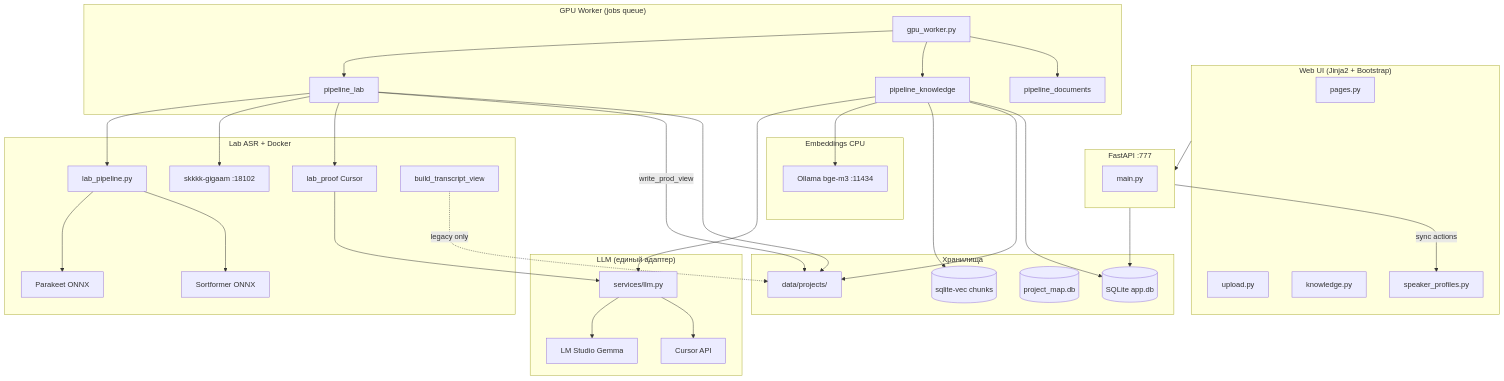
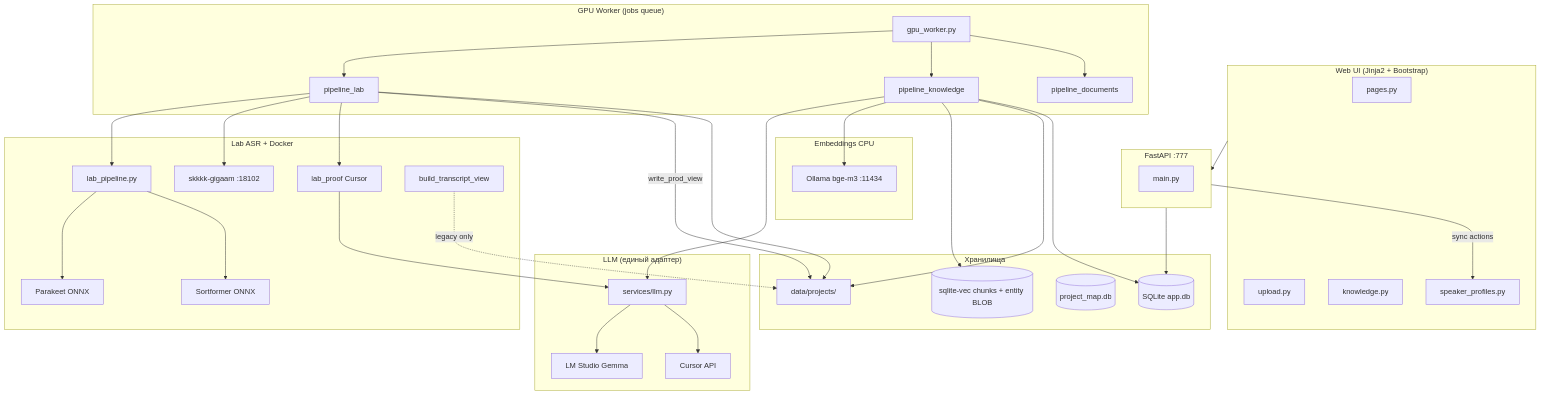
Before and after one commit to Avosya21/SKKKK: the first of 2 diagrams in docs/PROJECT-MAP.md, drawn with Mermaid. The commit also changed other lines of this file and 83 other files, not shown here.

````diff
--- a/docs/PROJECT-MAP.md
+++ b/docs/PROJECT-MAP.md
@@ -17,61 +17,61 @@
 ```mermaid
 flowchart TB
     subgraph UI["Web UI (Jinja2 + Bootstrap)"]
         Pages[pages.py]
         Upload[upload.py]
         Knowledge[knowledge.py]
         Speakers[speaker_profiles.py]
     end
 
     subgraph API["FastAPI :777"]
         Main[main.py]
     end
 
     subgraph Worker["GPU Worker (jobs queue)"]
         GW[gpu_worker.py]
         PL[pipeline_lab]
         PK[pipeline_knowledge]
         PD[pipeline_documents]
     end
 
     subgraph ASR["Lab ASR + Docker"]
         LP[lab_pipeline.py]
         PKT[Parakeet ONNX]
         SF[Sortformer ONNX]
         GA[skkkk-gigaam :18102]
         PR[lab_proof Cursor]
         BT[build_transcript_view]
     end
 
     subgraph LLM["LLM (единый адаптер)"]
         LLMsvc[services/llm.py]
         LS[LM Studio Gemma]
         CR[Cursor API]
     end
 
     subgraph Store["Хранилища"]
         DB[(SQLite app.db)]
-        VEC[(sqlite-vec chunks)]
+        VEC[(sqlite-vec chunks + entity BLOB)]
         PM[(project_map.db)]
         FS[data/projects/]
     end
 
     subgraph Embed["Embeddings CPU"]
         OL[Ollama bge-m3 :11434]
     end
 
     UI --> API
     API -->|sync actions| Speakers
     API --> DB
     GW --> PL & PK & PD
     PL --> LP --> PKT & SF
     PL --> GA
     PL --> PR --> LLMsvc
     PL -->|write_prod_view| FS
     BT -.->|legacy only| FS
     PK --> LLMsvc & OL
     PK --> VEC
     LLMsvc --> LS & CR
     PL & PK --> FS
     PK --> DB
 ```
````
